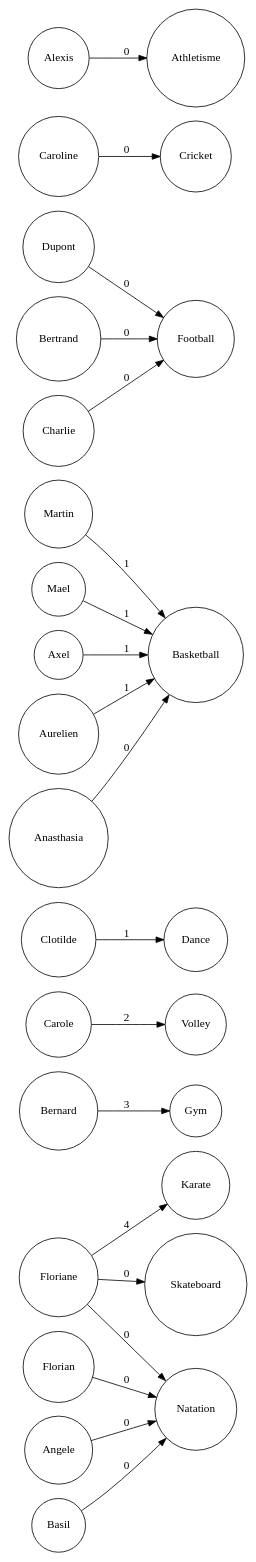
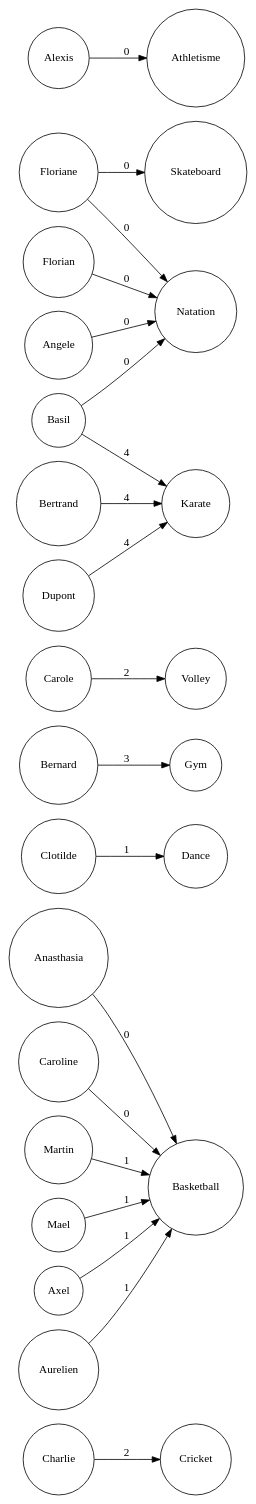
Before and after one commit to aurelienmichaud/ocaml-ford-fulkerson: the diagram in graphs/bipartite.bprtt.fordfulked.dot, drawn with Graphviz. The commit also changed 5 other files, not shown here.

```diff
--- a/graphs/bipartite.bprtt.fordfulked.dot
+++ b/graphs/bipartite.bprtt.fordfulked.dot
@@ -1,23 +1,23 @@
 digraph finite_state_machine {
 	rankdir=LR;
 	node [shape = circle];
-	Floriane -> Karate [ label = "4" ];
-	Floriane -> Skateboard [ label = "0" ];
-	Floriane -> Natation [ label = "0" ];
-	Florian -> Natation [ label = "0" ];
+	Charlie -> Cricket [ label = "2" ];
+	Anasthasia -> Basketball [ label = "0" ];
+	Caroline -> Basketball [ label = "0" ];
+	Clotilde -> Dance [ label = "1" ];
 	Bernard -> Gym [ label = "3" ];
-	Carole -> Volley [ label = "2" ];
-	Clotilde -> Dance [ label = "1" ];
 	Martin -> Basketball [ label = "1" ];
 	Mael -> Basketball [ label = "1" ];
 	Axel -> Basketball [ label = "1" ];
 	Aurelien -> Basketball [ label = "1" ];
-	Anasthasia -> Basketball [ label = "0" ];
-	Dupont -> Football [ label = "0" ];
-	Bertrand -> Football [ label = "0" ];
-	Charlie -> Football [ label = "0" ];
-	Caroline -> Cricket [ label = "0" ];
+	Carole -> Volley [ label = "2" ];
+	Floriane -> Skateboard [ label = "0" ];
+	Floriane -> Natation [ label = "0" ];
+	Florian -> Natation [ label = "0" ];
+	Basil -> Karate [ label = "4" ];
+	Basil -> Natation [ label = "0" ];
 	Angele -> Natation [ label = "0" ];
 	Alexis -> Athletisme [ label = "0" ];
-	Basil -> Natation [ label = "0" ];
+	Dupont -> Karate [ label = "4" ];
+	Bertrand -> Karate [ label = "4" ];
 }
```
